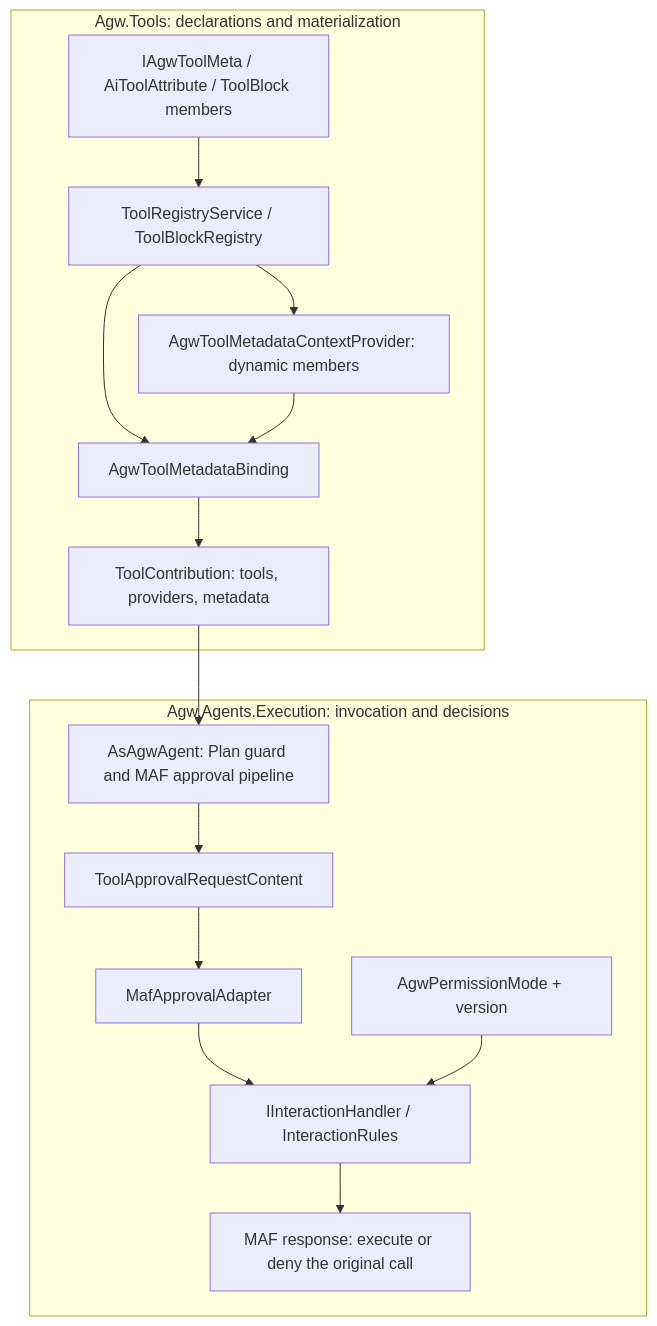
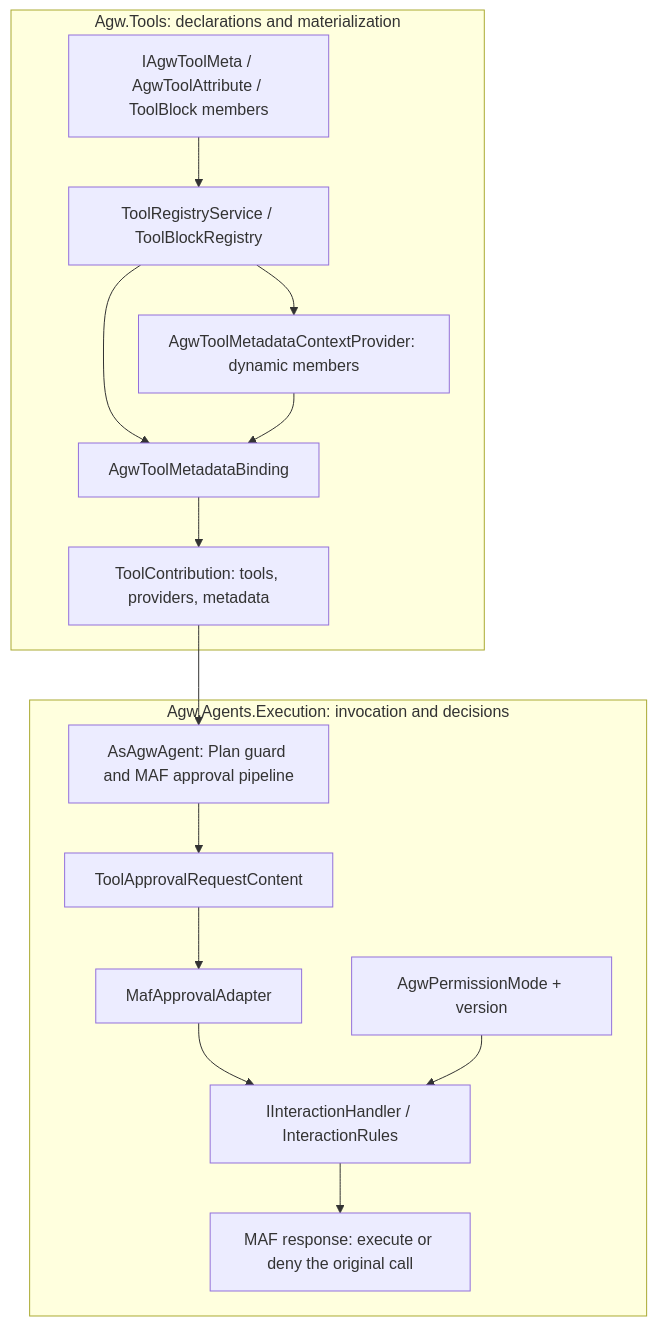
One commit to zxyao145/agw changed the first of 3 diagrams in src/server/Agw.Tools/README.md. Above: the diagram before and after it, drawn with Mermaid. The commit also changed other lines of this file and 80 other files, not shown here.

````diff
--- a/src/server/Agw.Tools/README.md
+++ b/src/server/Agw.Tools/README.md
@@ -330,18 +332,18 @@
 ```mermaid
 flowchart TB
     subgraph tools["Agw.Tools: declarations and materialization"]
-        definitions["IAgwToolMeta / AiToolAttribute / ToolBlock members"] --> registry["ToolRegistryService / ToolBlockRegistry"]
+        definitions["IAgwToolMeta / AgwToolAttribute / ToolBlock members"] --> registry["ToolRegistryService / ToolBlockRegistry"]
         registry --> binding["AgwToolMetadataBinding"]
         registry --> dynamic["AgwToolMetadataContextProvider: dynamic members"]
         dynamic --> binding
         binding --> contribution["ToolContribution: tools, providers, metadata"]
     end
     subgraph execution["Agw.Agents.Execution: invocation and decisions"]
         contribution --> pipeline["AsAgwAgent: Plan guard and MAF approval pipeline"]
         pipeline --> request["ToolApprovalRequestContent"]
         request --> adapter["MafApprovalAdapter"]
         adapter --> handler["IInteractionHandler / InteractionRules"]
         settings["AgwPermissionMode + version"] --> handler
         handler --> resume["MAF response: execute or deny the original call"]
     end
 ```
````
